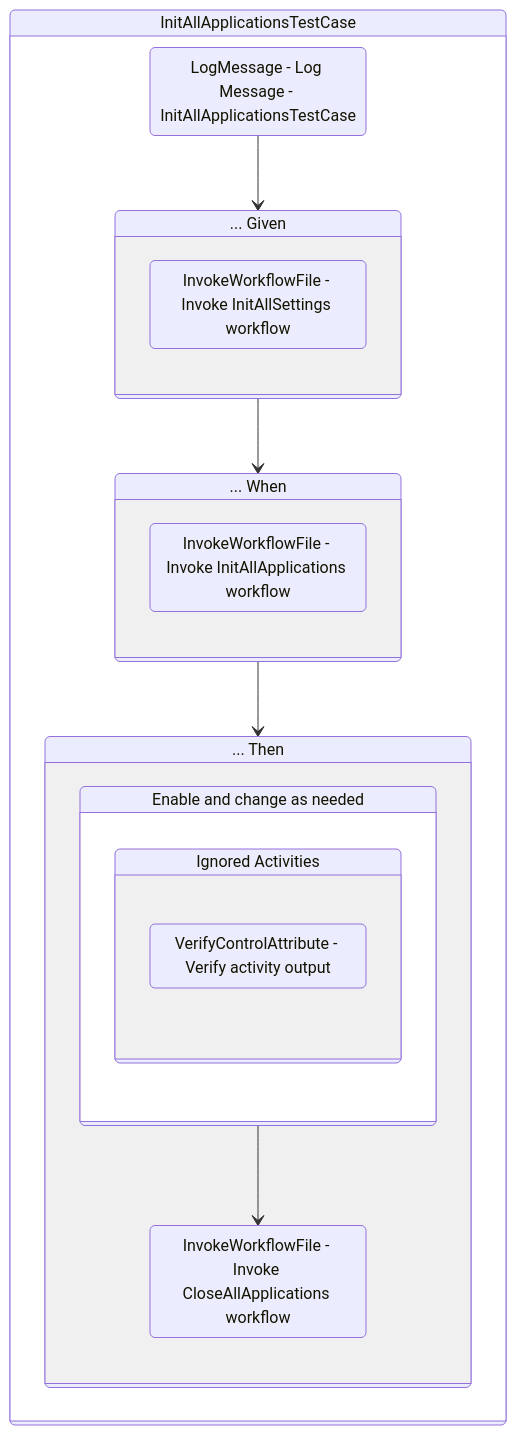
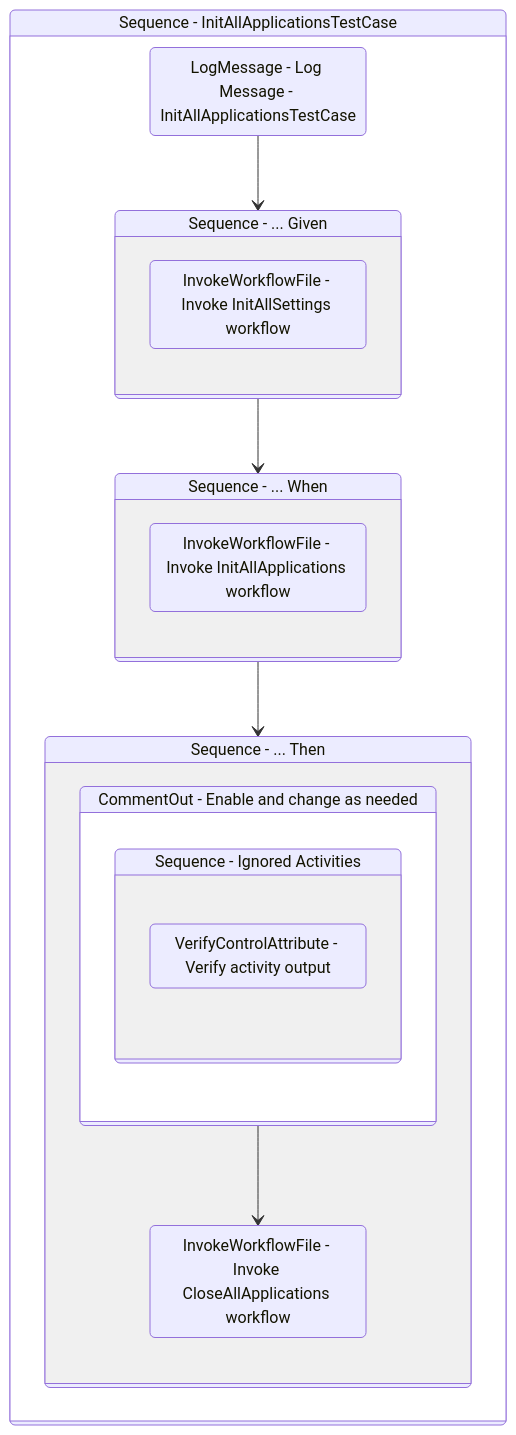
Before and after one commit to yashbrahmbhatt/LazyFramework: the diagram in Documentation/.templates/Performers/REFramework/Tests/InitAllApplicationsTestCase.md, drawn with Mermaid. The commit also changed 78 other files, not shown here.

````diff
--- a/Documentation/.templates/Performers/REFramework/Tests/InitAllApplicationsTestCase.md
+++ b/Documentation/.templates/Performers/REFramework/Tests/InitAllApplicationsTestCase.md
@@ -99,40 +99,40 @@
 ```mermaid
 stateDiagram-v2
 
 
-Sequence_1: InitAllApplicationsTestCase
+Sequence_1: Sequence - InitAllApplicationsTestCase
 state Sequence_1 {
 direction TB
 LogMessage_1 : LogMessage - Log Message - InitAllApplicationsTestCase
 LogMessage_1 --> Sequence_2
-Sequence_2: ... Given
+Sequence_2: Sequence - ... Given
 state Sequence_2 {
 direction TB
 InvokeWorkflowFile_2 : InvokeWorkflowFile - Invoke InitAllSettings workflow
 }
 Sequence_2 --> Sequence_3
-Sequence_3: ... When
+Sequence_3: Sequence - ... When
 state Sequence_3 {
 direction TB
 InvokeWorkflowFile_1 : InvokeWorkflowFile - Invoke InitAllApplications workflow
 }
 Sequence_3 --> Sequence_4
-Sequence_4: ... Then
+Sequence_4: Sequence - ... Then
 state Sequence_4 {
 direction TB
 
-CommentOut_1: Enable and change as needed
+CommentOut_1: CommentOut - Enable and change as needed
 state CommentOut_1 {
 direction TB
 
-Sequence_5: Ignored Activities
+Sequence_5: Sequence - Ignored Activities
 state Sequence_5 {
 direction TB
 VerifyControlAttribute_1 : VerifyControlAttribute - Verify activity output
 }
 }
 InvokeWorkflowFile_3 : InvokeWorkflowFile - Invoke CloseAllApplications workflow
 CommentOut_1 --> InvokeWorkflowFile_3
 }
 }
 ```
````
